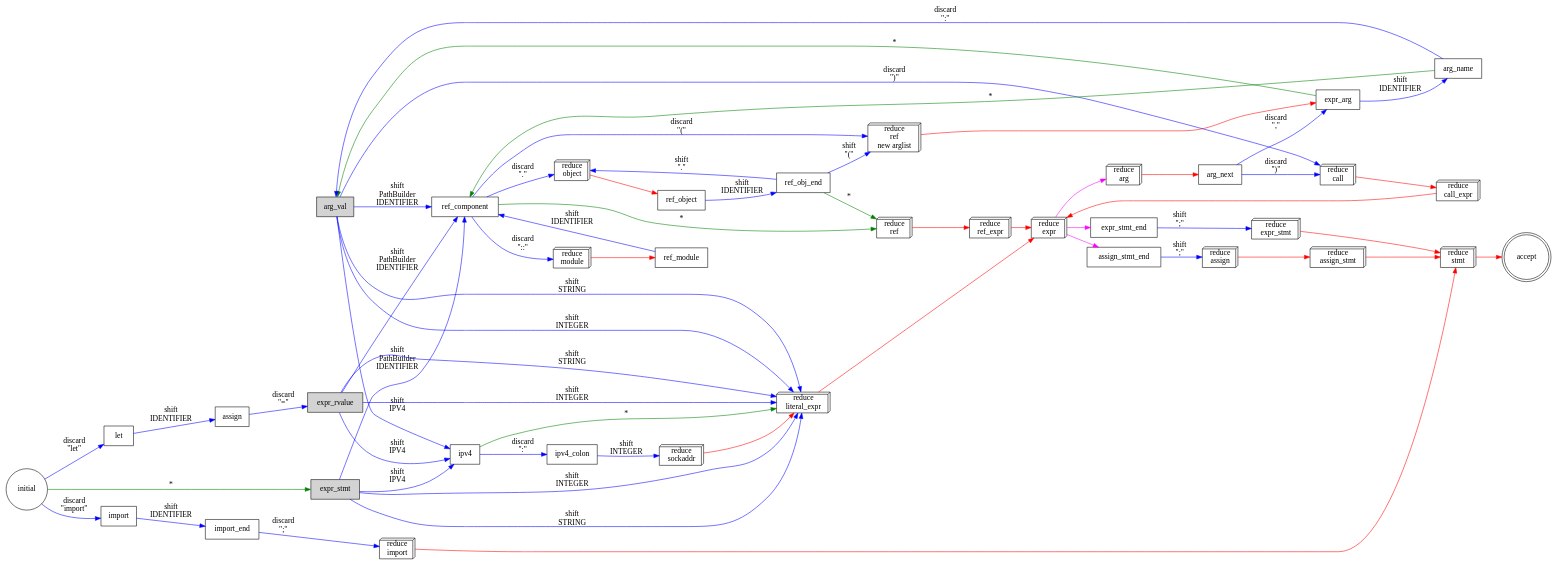
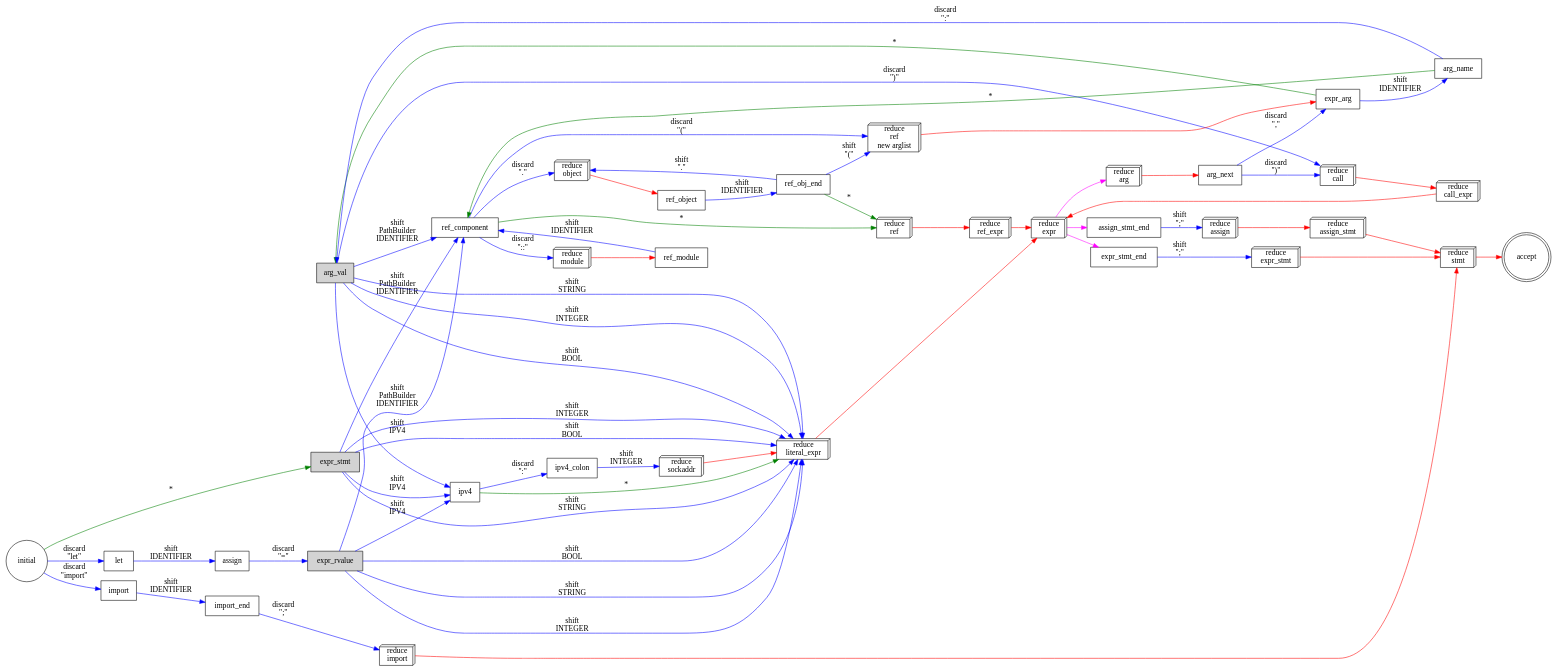
Before and after one commit to giannitedesco/resynth: the diagram in doc/parser.dot, drawn with Graphviz. The commit also changed 4 other files, not shown here.

```diff
--- a/doc/parser.dot
+++ b/doc/parser.dot
@@ -1,135 +1,138 @@
 digraph {
 	/* Key:
 	 *
 	 * blue edges indicate consuming a token
 	 * green edges indicate non-consuming catchall transitions
 	 *
 	 * 3dbox nodes indicate a reduction step
 	 * red edges indicate non-consuming GOTO transitions
 	 *
 	 * filled nodes indicate pushing a state transition to the stack
 	 * magenta edges represent popping a state from the stack and transitioning to it
 	 */
 	graph [rankdir=LR]
 	node [shape=rectangle]
 	edge [color=blue]
 
 	arg_val [style=filled];
 	expr_stmt [style=filled];
 	expr_rvalue [style=filled];
 
 	initial [shape="circle"];
 	accept [shape="doublecircle"];
 
 	initial -> import [label="discard\n\"import\""];
 	initial -> let [label="discard\n\"let\""];
 	initial -> expr_stmt [label="*" color=green];
 
 	import -> import_end [label="shift\nIDENTIFIER"];
 	import_end -> reduce_import [label="discard\n\";\""];
 
 	let -> assign [label="shift\nIDENTIFIER"];
 
 	assign -> expr_rvalue [label="discard\n\"=\""];
 
 	reduce_import -> reduce_stmt [color=red]
 	reduce_import [label="reduce\nimport" shape=box3d];
 
 	// ref
 
 	ref_component -> reduce_module [label="discard\n\"::\""];
 
 	ref_component -> reduce_object [label="discard\n\".\""];
 	ref_component -> reduce_ref_call [label="discard\n\"(\""];
 	ref_component -> reduce_ref_naked [label="*" color=green];
 
 	reduce_object -> ref_object [color=red]
 	reduce_object [label="reduce\nobject" shape=box3d];
 
 	reduce_ref_call -> expr_arg [color=red]
 	reduce_ref_call [label="reduce\nref\nnew arglist" shape=box3d];
 
 
 	reduce_module -> ref_module [color=red]
 	reduce_module [label="reduce\nmodule" shape=box3d];
 
 	ref_module -> ref_component [label="shift\nIDENTIFIER"];
 
 	ref_object -> ref_obj_end [label="shift\nIDENTIFIER"];
 
 	ref_obj_end -> reduce_object [label="shift\n\".\""];
 	ref_obj_end -> reduce_ref_call [label="shift\n\"(\""];
 	ref_obj_end -> reduce_ref_naked [label="*" color=green];
 
 	arg_next -> expr_arg [label="discard\n\",\""];
 	arg_next -> reduce_call [label="discard\n\")\""];
 
 	expr_arg -> arg_name [label="shift\nIDENTIFIER"];
 	expr_arg -> arg_val [label="*" color=green];
 	arg_name -> arg_val [label="discard\n\":\""];
 	arg_name -> ref_component [label="*" color=green];
 
 	arg_val -> reduce_literal_expr [label="shift\nSTRING"];
 	arg_val -> reduce_literal_expr [label="shift\nINTEGER"];
+	arg_val -> reduce_literal_expr [label="shift\nBOOL"];
 	arg_val -> ipv4 [label="shift\nIPV4"];
 	arg_val -> ref_component [label="shift\nPathBuilder\nIDENTIFIER"];
 
 	arg_val -> reduce_call [label="discard\n\")\""];
 
 	expr_stmt -> reduce_literal_expr [label="shift\nSTRING"];
 	expr_stmt -> reduce_literal_expr [label="shift\nINTEGER"];
+	expr_stmt -> reduce_literal_expr [label="shift\nBOOL"];
 	expr_stmt -> ipv4 [label="shift\nIPV4"];
 	expr_stmt -> ref_component [label="shift\nPathBuilder\nIDENTIFIER"];
 
 	expr_rvalue -> reduce_literal_expr [label="shift\nSTRING"];
 	expr_rvalue -> reduce_literal_expr [label="shift\nINTEGER"];
+	expr_rvalue -> reduce_literal_expr [label="shift\nBOOL"];
 	expr_rvalue -> ipv4 [label="shift\nIPV4"];
 	expr_rvalue -> ref_component [label="shift\nPathBuilder\nIDENTIFIER"];
 
 	reduce_arg -> arg_next [color=red]
 	reduce_arg [label="reduce\narg" shape=box3d];
 
 	reduce_literal_expr -> reduce_expr [color=red];
 	reduce_literal_expr [label="reduce\nliteral_expr" shape=box3d];
 
 	reduce_ref_naked -> reduce_ref_expr [color=red];
 	reduce_ref_naked [label="reduce\nref" shape=box3d];
 
 	reduce_ref_expr -> reduce_expr [color=red];
 	reduce_ref_expr [label="reduce\nref_expr" shape=box3d];
 
 	reduce_call_expr -> reduce_expr [color=red];
 	reduce_call_expr [label="reduce\ncall_expr" shape=box3d];
 
 	reduce_expr -> reduce_arg [color=magenta]
 	reduce_expr -> expr_stmt_end [color=magenta]
 	reduce_expr -> assign_stmt_end [color=magenta]
 	reduce_expr [label="reduce\nexpr" shape=box3d];
 
 	ipv4 -> ipv4_colon [label="discard\n\":\""];
 	ipv4 -> reduce_literal_expr [label="*" color=green];
 
 	ipv4_colon -> reduce_sockaddr [label="shift\nINTEGER"];
 
 	reduce_sockaddr -> reduce_literal_expr [color=red]
 	reduce_sockaddr [label="reduce\nsockaddr" shape=box3d];
 
 	reduce_call -> reduce_call_expr [color=red]
 	reduce_call [label="reduce\ncall" shape=box3d];
 
 	expr_stmt_end -> reduce_expr_stmt [label="shift\n\";\""];
 
 	assign_stmt_end -> reduce_assign [label="shift\n\";\""];
 
 	reduce_assign -> reduce_assign_stmt [color=red]
 	reduce_assign [label="reduce\nassign" shape=box3d];
 
 	reduce_expr_stmt -> reduce_stmt [color=red]
 	reduce_expr_stmt [label="reduce\nexpr_stmt" shape=box3d];
 
 	reduce_assign_stmt -> reduce_stmt [color=red]
 	reduce_assign_stmt [label="reduce\nassign_stmt" shape=box3d];
 
 	reduce_stmt -> accept [color=red]
 	reduce_stmt [label="reduce\nstmt" shape=box3d];
 }
```
